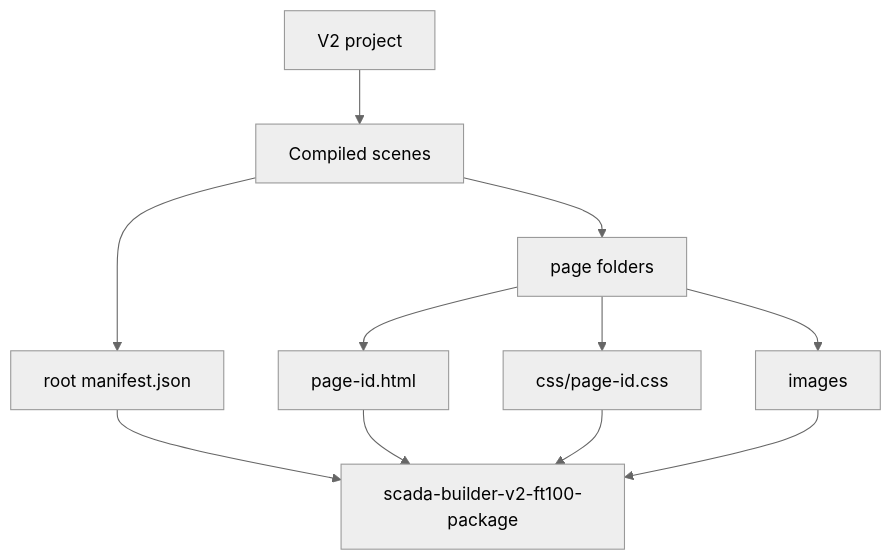
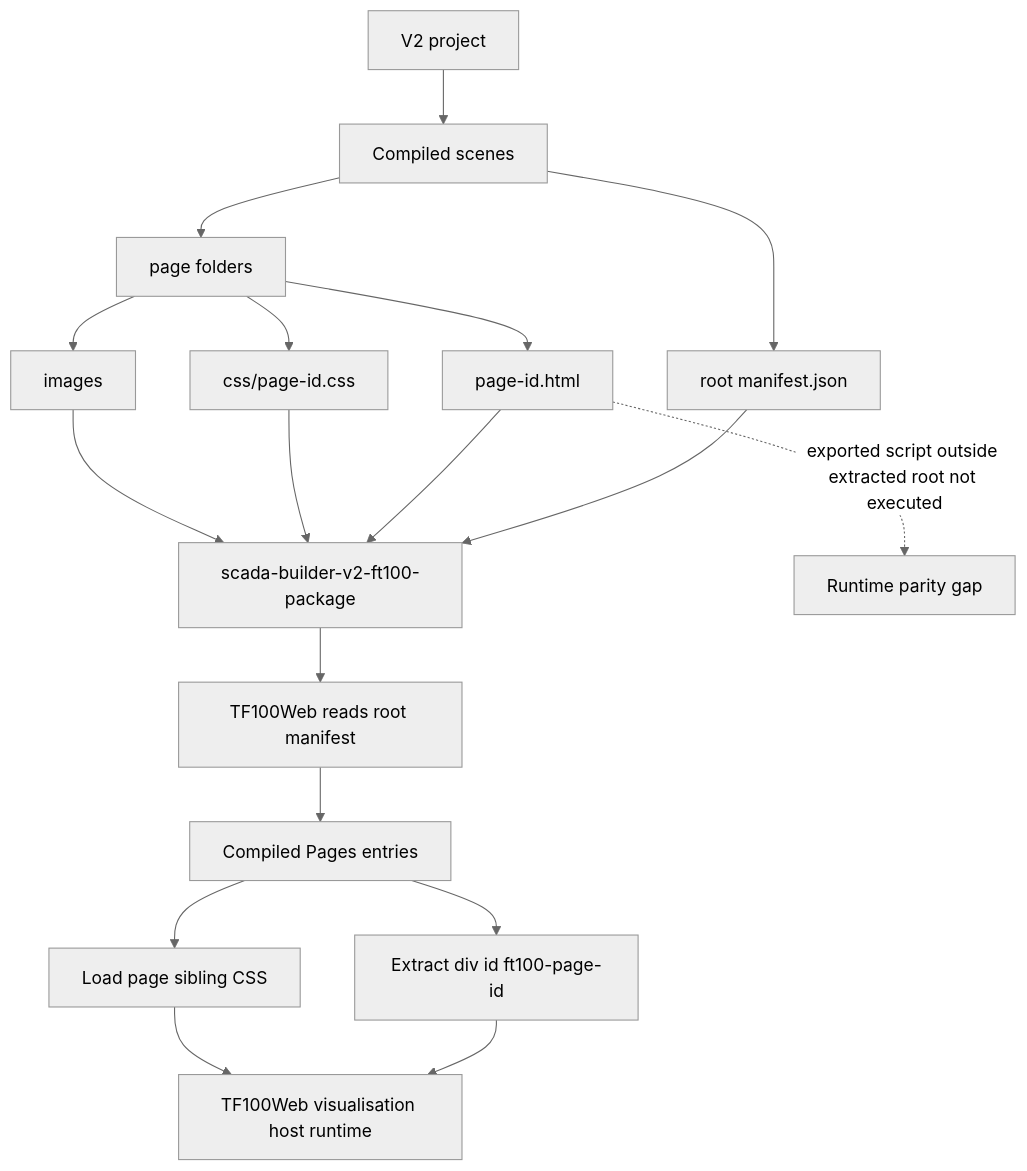
Before and after one commit to technologiesflorizon/scadabuilder: the diagram in docs/10_generated/EXPORT_FLOW_DIAGRAM_V2.md, drawn with Mermaid (neutral theme). The commit also changed other lines of this file and 6 other files, not shown here.

````diff
--- a/docs/10_generated/EXPORT_FLOW_DIAGRAM_V2.md
+++ b/docs/10_generated/EXPORT_FLOW_DIAGRAM_V2.md
@@ -13,13 +14,20 @@
 ```mermaid
 flowchart TD
   Project[V2 project] --> Scenes[Compiled scenes]
   Scenes --> Manifest[root manifest.json]
   Scenes --> Pages[page folders]
   Pages --> Html[page-id.html]
   Pages --> Css[css/page-id.css]
   Pages --> Images[images]
   Manifest --> Package[scada-builder-v2-ft100-package]
   Html --> Package
   Css --> Package
   Images --> Package
+  Package --> TfManifest[TF100Web reads root manifest]
+  TfManifest --> TfPages[Compiled Pages entries]
+  TfPages --> TfFragment[Extract div id ft100-page-id]
+  TfPages --> TfCss[Load page sibling CSS]
+  TfFragment --> TfHost[TF100Web visualisation host runtime]
+  TfCss --> TfHost
+  Html -. exported script outside extracted root not executed .-> TfGap[Runtime parity gap]
 ```
````
